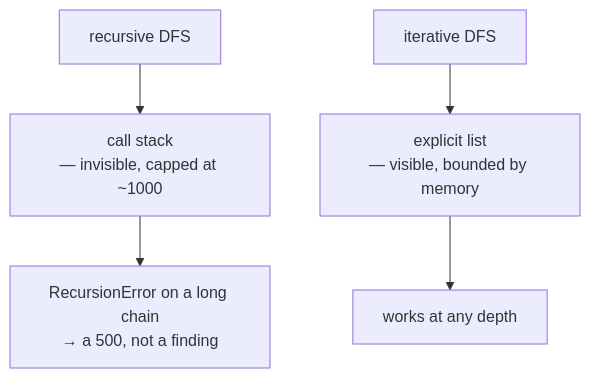
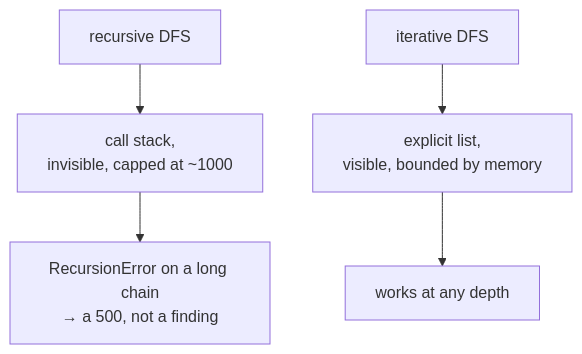
One commit to jennarbates/StratigraphyGenerator changed the diagram in docs/cs/stacks-and-explicit-recursion.md. Above: the diagram before and after it, drawn with Mermaid. The commit also changed other lines of this file and 309 other files, not shown here.

````diff
--- a/docs/cs/stacks-and-explicit-recursion.md
+++ b/docs/cs/stacks-and-explicit-recursion.md
@@ -41,7 +41,7 @@
 ```mermaid
 flowchart TB
-  R["recursive DFS"] --> RS["call stack<br/>— invisible, capped at ~1000"]
-  I["iterative DFS"] --> IS["explicit list<br/>— visible, bounded by memory"]
+  R["recursive DFS"] --> RS["call stack,<br/>invisible, capped at ~1000"]
+  I["iterative DFS"] --> IS["explicit list,<br/>visible, bounded by memory"]
   RS --> F["RecursionError on a long chain<br/>→ a 500, not a finding"]
   IS --> OK["works at any depth"]
 ```
````
